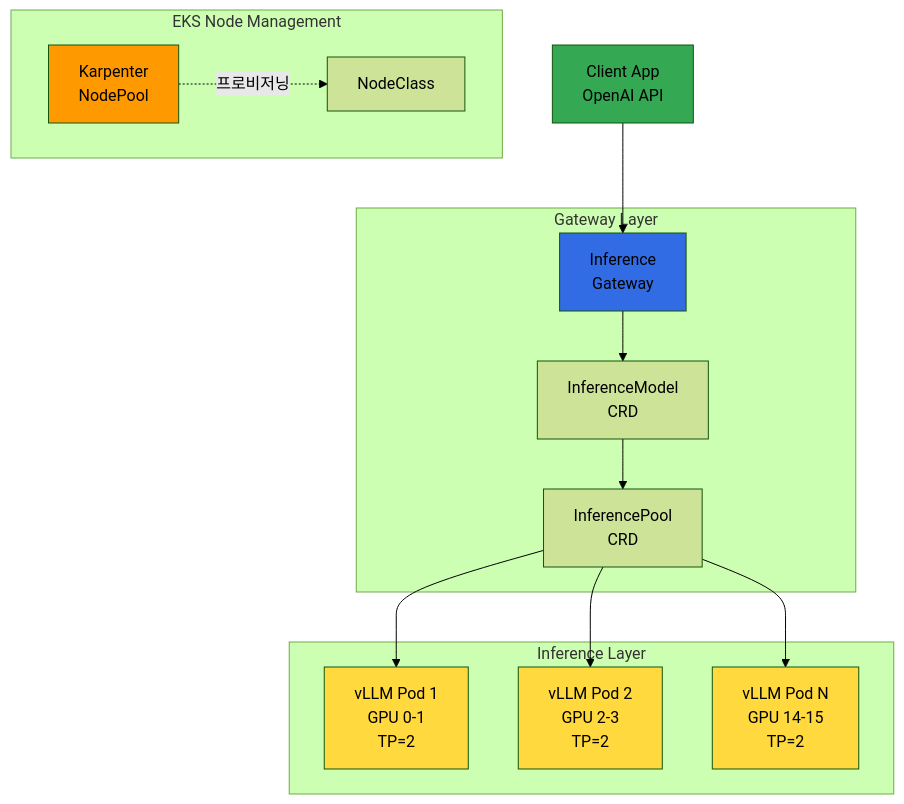
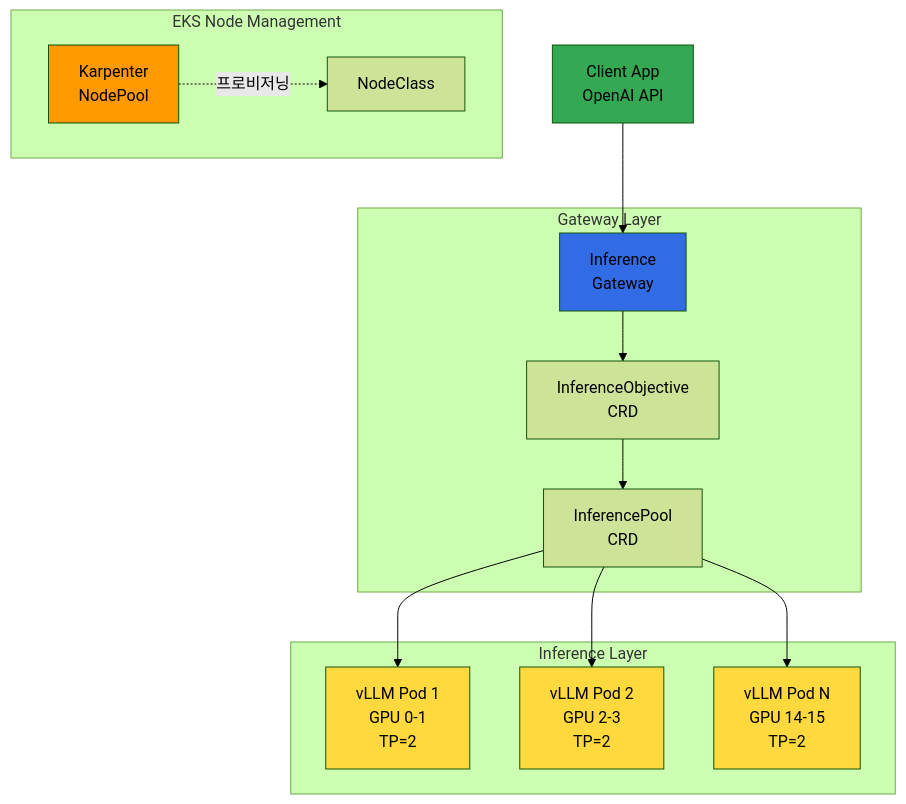
One commit to devfloor9/engineering-playbook changed the first of 4 diagrams in docs/agentic-ai-platform/model-serving/inference-frameworks/llm-d-eks-automode.md. Above: the diagram before and after it, drawn with Mermaid (forest theme). The commit also changed other lines of this file and 1 other file, not shown here.

Commit message:
docs(llm-d): InferenceModel → InferenceObjective CRD 표기 정정 KO+EN
같은 문서 :235가 InferenceModel을 deprecated로 명시하는데 :80 mermaid와
:234 기능 표는 여전히 현행 CRD로 제시해 페이지가 내부적으로 모순이었다.
EN 미러는 정정 전 상태라 :235에서 InferenceModel을 GA로 표기해 KO와
반대 사실을 말하고 있었다.

- mermaid 노드 라벨·id(IM→IO)와 간선 2개 수정 (KO·EN)
- 기능 표 셀 정정 (KO :234, EN :234, EN :235)
- EN :56 경고 박스를 KO :56과 일치

:235의 "구 InferenceModel" 이력 언급은 개명 사실을 남기기 위해 보존했다.
정본 판정 근거는 routing-strategy.md:273.

````diff
--- a/docs/agentic-ai-platform/model-serving/inference-frameworks/llm-d-eks-automode.md
+++ b/docs/agentic-ai-platform/model-serving/inference-frameworks/llm-d-eks-automode.md
@@ -74,36 +74,36 @@
 ```mermaid
 flowchart TB
     CLIENT[Client App<br/>OpenAI API]
 
     subgraph Gateway["Gateway Layer"]
         GW[Inference<br/>Gateway]
-        IM[InferenceModel<br/>CRD]
+        IO[InferenceObjective<br/>CRD]
         IP[InferencePool<br/>CRD]
     end
 
     subgraph Inference["Inference Layer"]
         V1[vLLM Pod 1<br/>GPU 0-1<br/>TP=2]
         V2[vLLM Pod 2<br/>GPU 2-3<br/>TP=2]
         VN[vLLM Pod N<br/>GPU 14-15<br/>TP=2]
     end
 
     subgraph NodeMgmt["EKS Node Management"]
         NP[Karpenter<br/>NodePool]
         NC[NodeClass]
     end
 
     CLIENT --> GW
-    GW --> IM
-    IM --> IP
+    GW --> IO
+    IO --> IP
     IP --> V1
     IP --> V2
     IP --> VN
     NP -.->|프로비저닝| NC
 
     style CLIENT fill:#34a853
     style GW fill:#326ce5
     style V1 fill:#ffd93d
     style V2 fill:#ffd93d
     style VN fill:#ffd93d
     style NP fill:#ff9900
 ```
````
